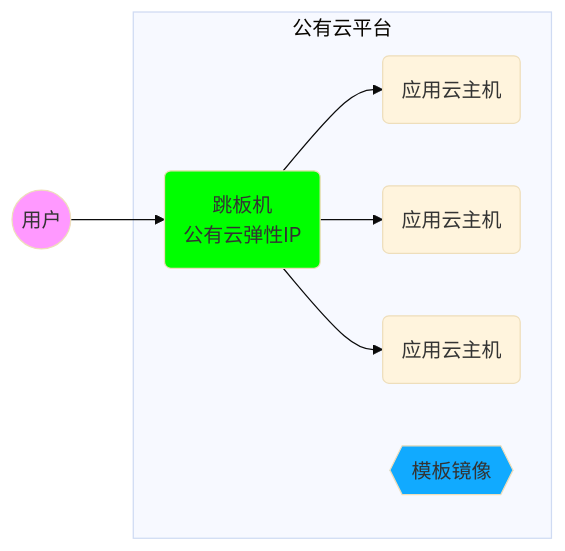
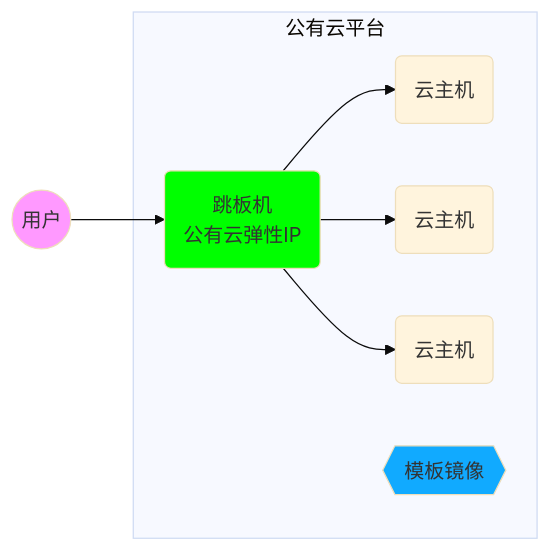
The first of 2 diagrams in CLOUD/04/04.md (tonggh220/md_4_nsd_notes), drawn with Mermaid (base theme) before and after one commit. The commit also changed other lines of this file, not shown here.

````diff
--- a/CLOUD/04/04.md
+++ b/CLOUD/04/04.md
@@ -5,14 +5,14 @@
 ```mermaid
 graph LR
   subgraph L1[公有云平台]
     P(跳板机<br>公有云弹性IP)
     style P fill:#00ff00
-    P --> A1(应用云主机)
-    P --> A2(应用云主机)
-    P --> A3(应用云主机)
+    P --> A1(云主机)
+    P --> A2(云主机)
+    P --> A3(云主机)
     M{{模板镜像}}
     style M fill:#11aaff
   end
 U((用户)) --> P
 style U fill:#ff99ff
 ```
````
